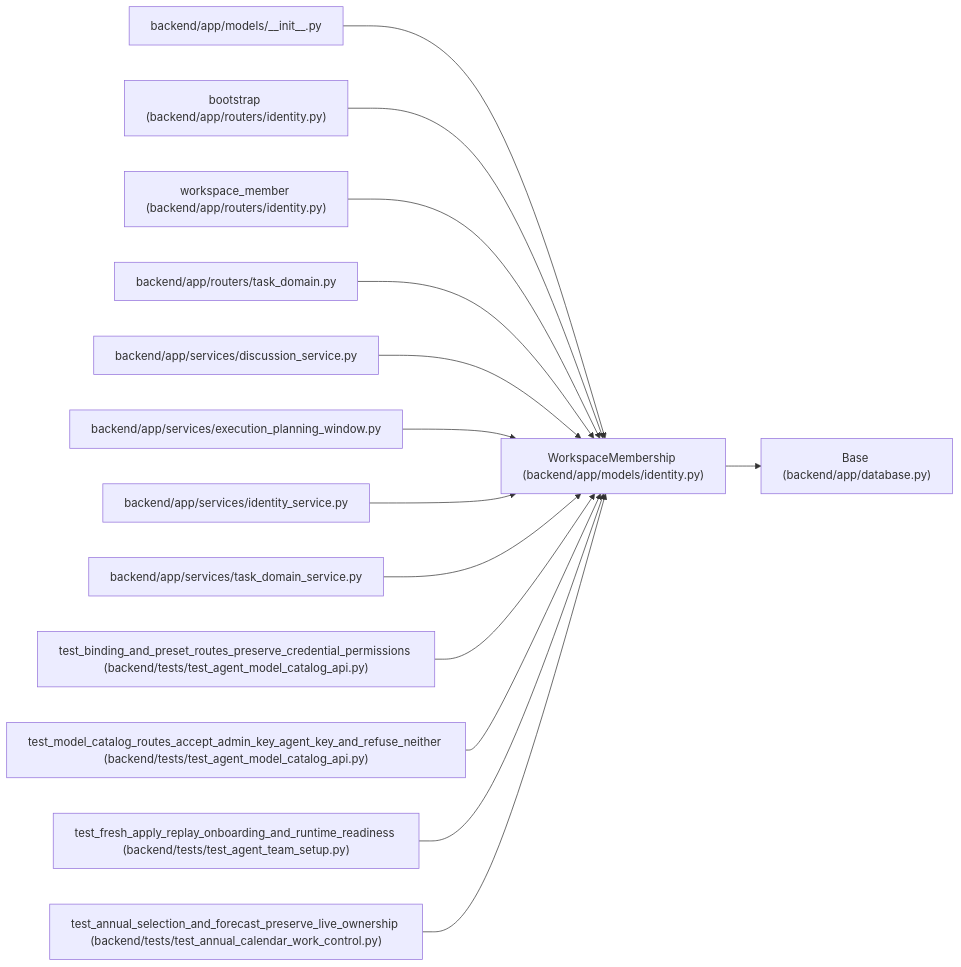
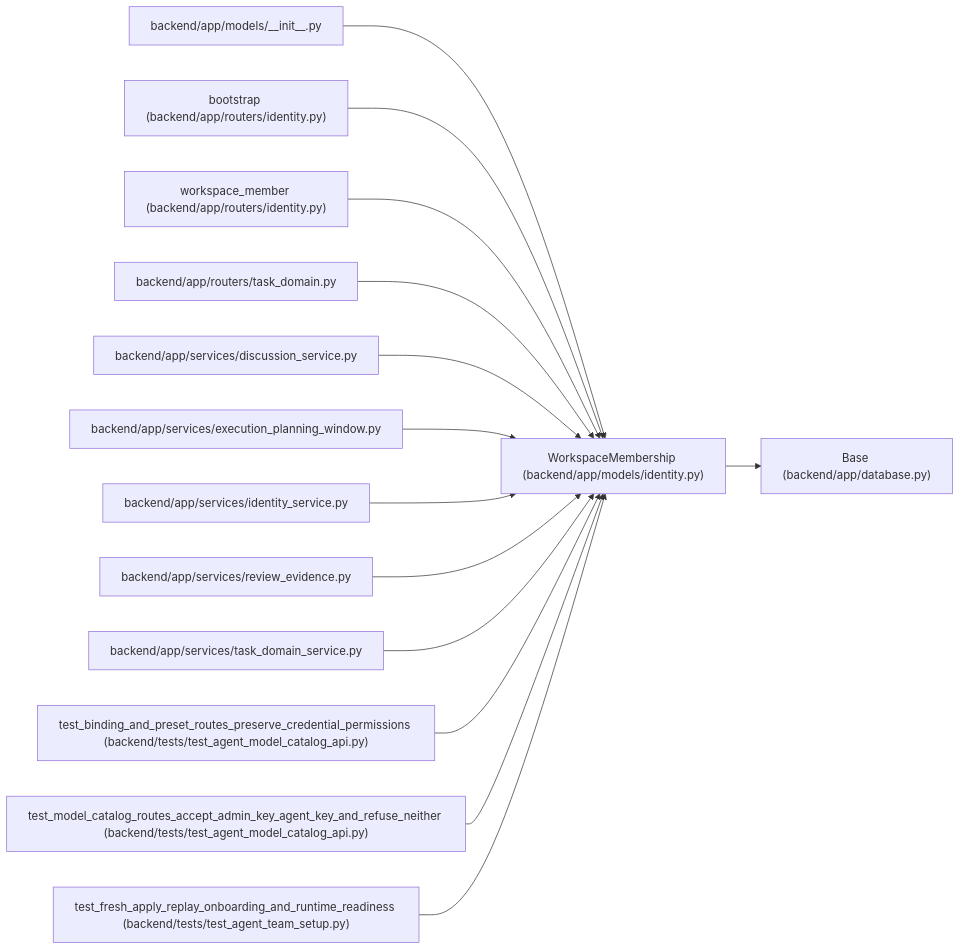
Before and after one commit to Denissvgn/WorkChord: the diagram in docs/llm_wiki/entities/WorkspaceMembership.md, drawn with Mermaid. The commit also changed other lines of this file and 891 other files, not shown here.

Commit message:
Document candidate-bound evidence and independent review policy

````diff
--- a/docs/llm_wiki/entities/WorkspaceMembership.md
+++ b/docs/llm_wiki/entities/WorkspaceMembership.md
@@ -27,44 +27,44 @@
 ```mermaid
 flowchart LR
     n0["WorkspaceMembership (backend/app/models/identity.py)"]
     n1["Base (backend/app/database.py)"]
     n2["backend/app/models/__init__.py"]
     n3["bootstrap (backend/app/routers/identity.py)"]
     n4["workspace_member (backend/app/routers/identity.py)"]
     n5["backend/app/routers/task_domain.py"]
     n6["backend/app/services/discussion_service.py"]
     n7["backend/app/services/execution_planning_window.py"]
     n8["backend/app/services/identity_service.py"]
-    n9["backend/app/services/task_domain_service.py"]
-    n10["test_binding_and_preset_routes_preserve_credential_permissions (backend/tests/test_agent_model_catalog_api.py)"]
-    n11["test_model_catalog_routes_accept_admin_key_agent_key_and_refuse_neither (backend/tests/test_agent_model_catalog_api.py)"]
-    n12["test_fresh_apply_replay_onboarding_and_runtime_readiness (backend/tests/test_agent_team_setup.py)"]
-    n13["test_annual_selection_and_forecast_preserve_live_ownership (backend/tests/test_annual_calendar_work_control.py)"]
+    n9["backend/app/services/review_evidence.py"]
+    n10["backend/app/services/task_domain_service.py"]
+    n11["test_binding_and_preset_routes_preserve_credential_permissions (backend/tests/test_agent_model_catalog_api.py)"]
+    n12["test_model_catalog_routes_accept_admin_key_agent_key_and_refuse_neither (backend/tests/test_agent_model_catalog_api.py)"]
+    n13["test_fresh_apply_replay_onboarding_and_runtime_readiness (backend/tests/test_agent_team_setup.py)"]
     n0 --> n1
     n2 --> n0
     n3 --> n0
     n4 --> n0
     n5 --> n0
     n6 --> n0
     n7 --> n0
     n8 --> n0
     n9 --> n0
     n10 --> n0
     n11 --> n0
     n12 --> n0
     n13 --> n0
     click n0 "../modules/models_identity.md"
     click n1 "../modules/app_database.md"
     click n2 "../modules/models___init__.md"
     click n3 "../modules/routers_identity.md"
     click n4 "../modules/routers_identity.md"
     click n5 "../modules/routers_task_domain.md"
     click n6 "../modules/discussion_service.md"
     click n7 "../modules/execution_planning_window.md"
     click n8 "../modules/identity_service.md"
-    click n9 "../modules/task_domain_service.md"
-    click n10 "../modules/test_agent_model_catalog_api.md"
+    click n9 "../modules/services_review_evidence.md"
+    click n10 "../modules/task_domain_service.md"
     click n11 "../modules/test_agent_model_catalog_api.md"
-    click n12 "../modules/test_agent_team_setup.md"
-    click n13 "../modules/test_annual_calendar_work_control.md"
+    click n12 "../modules/test_agent_model_catalog_api.md"
+    click n13 "../modules/test_agent_team_setup.md"
 ```
````
